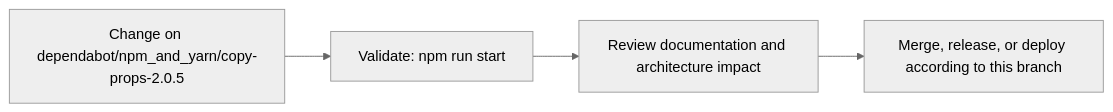
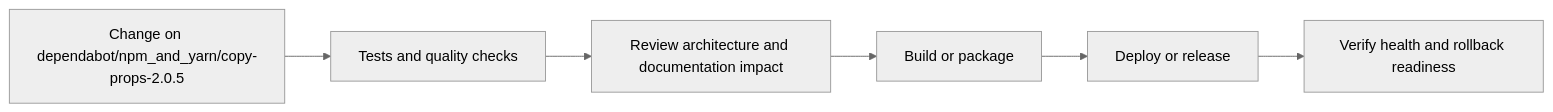
The fourth of 5 diagrams in README.md (Nischhalsubba/wp_Theme_Ronal), drawn with Mermaid (neutral theme) before and after one commit. The commit also changed other lines of this file, not shown here.

````diff
--- a/README.md
+++ b/README.md
@@ -69,8 +145,8 @@
 ```mermaid
 flowchart LR
-    CHANGE["Change on dependabot/npm_and_yarn/copy-props-2.0.5"]
-    CHECK["Validate: npm run start"]
-    REVIEW["Review documentation and architecture impact"]
-    RELEASE["Merge, release, or deploy according to this branch"]
-    CHANGE --> CHECK --> REVIEW --> RELEASE
+    CHANGE["Change on dependabot/npm_and_yarn/copy-props-2.0.5"] --> CHECK["Tests and quality checks"]
+    CHECK --> REVIEW["Review architecture and documentation impact"]
+    REVIEW --> BUILD["Build or package"]
+    BUILD --> DEPLOY["Deploy or release"]
+    DEPLOY --> VERIFY["Verify health and rollback readiness"]
 ```
````
